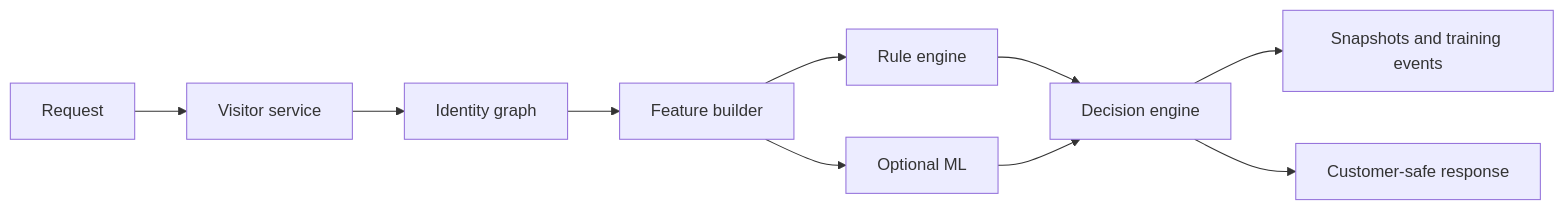
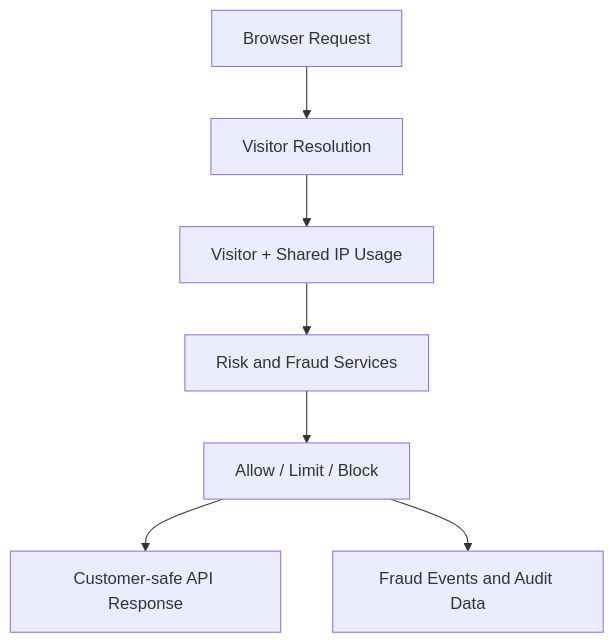
One commit to Shyam-2315/fraud-proof-pdf-platform changed the second of 3 diagrams in docs/ARCHITECTURE.md. Above: the diagram before and after it, drawn with Mermaid. The commit also changed other lines of this file and 131 other files, not shown here.

````diff
--- a/docs/ARCHITECTURE.md
+++ b/docs/ARCHITECTURE.md
@@ -64,12 +95,9 @@
 ```mermaid
-flowchart LR
-  Request[Request] --> Visitor[Visitor service]
-  Visitor --> Graph[Identity graph]
-  Graph --> Features[Feature builder]
-  Features --> Rules[Rule engine]
-  Features --> ML[Optional ML]
-  Rules --> Decision[Decision engine]
-  ML --> Decision
-  Decision --> Snapshots[Snapshots and training events]
-  Decision --> Response[Customer-safe response]
+flowchart TD
+  Browser[Browser Request] --> Identity[Visitor Resolution]
+  Identity --> Usage[Visitor + Shared IP Usage]
+  Usage --> Risk[Risk and Fraud Services]
+  Risk --> Decision[Allow / Limit / Block]
+  Decision --> Response[Customer-safe API Response]
+  Decision --> Events[Fraud Events and Audit Data]
 ```
````
